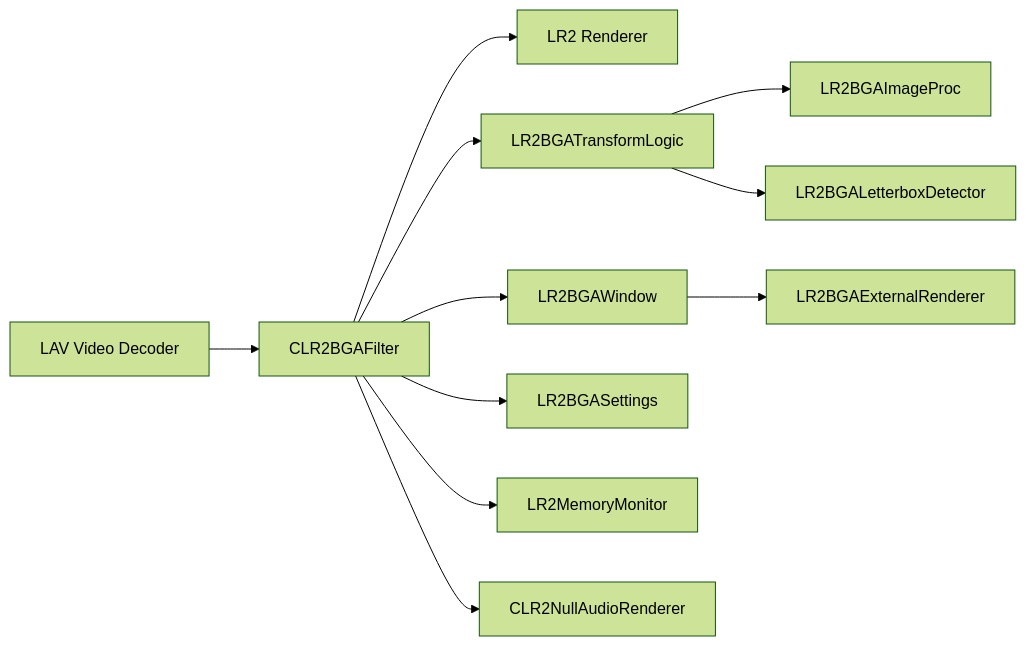
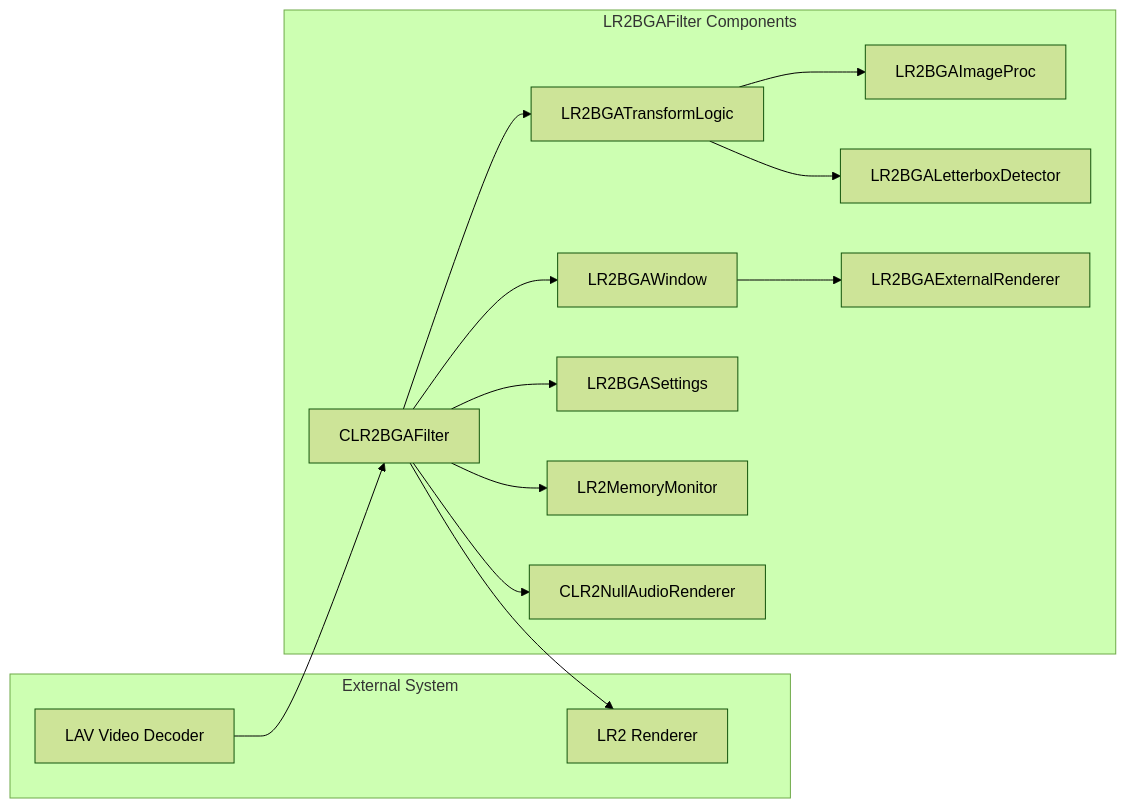
One commit to Neeted/lr2-bga-filter changed the first of 7 diagrams in docs/ja/TECH_SPEC.ja.md. Above: the diagram before and after it, drawn with Mermaid (forest theme). The commit also changed other lines of this file and 4 other files, not shown here.

First line of the commit message:
docs: LAV Video Decoderハードウェアデコーダー推奨設定の追記と技術仕様書の体裁修正 (#20)

````diff
--- a/docs/ja/TECH_SPEC.ja.md
+++ b/docs/ja/TECH_SPEC.ja.md
@@ -38,13 +38,30 @@
 ```mermaid
 flowchart LR
-  LAV[LAV Video Decoder] --> F[CLR2BGAFilter]
-  F --> LR2[LR2 Renderer]
-  F --> TL[LR2BGATransformLogic]
-  TL --> IMG[LR2BGAImageProc]
-  TL --> LB[LR2BGALetterboxDetector]
-  F --> WIN[LR2BGAWindow]
-  WIN --> EXT[LR2BGAExternalRenderer]
-  F --> CFG[LR2BGASettings]
-  F --> MON[LR2MemoryMonitor]
-  F --> NA[CLR2NullAudioRenderer]
+  subgraph External [External System]
+    LAV[LAV Video Decoder]
+    LR2[LR2 Renderer]
+  end
+
+  subgraph Filter [LR2BGAFilter Components]
+    F[CLR2BGAFilter]
+    TL[LR2BGATransformLogic]
+    IMG[LR2BGAImageProc]
+    LB[LR2BGALetterboxDetector]
+    WIN[LR2BGAWindow]
+    EXT[LR2BGAExternalRenderer]
+    CFG[LR2BGASettings]
+    MON[LR2MemoryMonitor]
+    NA[CLR2NullAudioRenderer]
+  end
+
+  LAV --> F
+  F --> LR2
+  F --> TL
+  TL --> IMG
+  TL --> LB
+  F --> WIN
+  WIN --> EXT
+  F --> CFG
+  F --> MON
+  F --> NA
 ```
````
